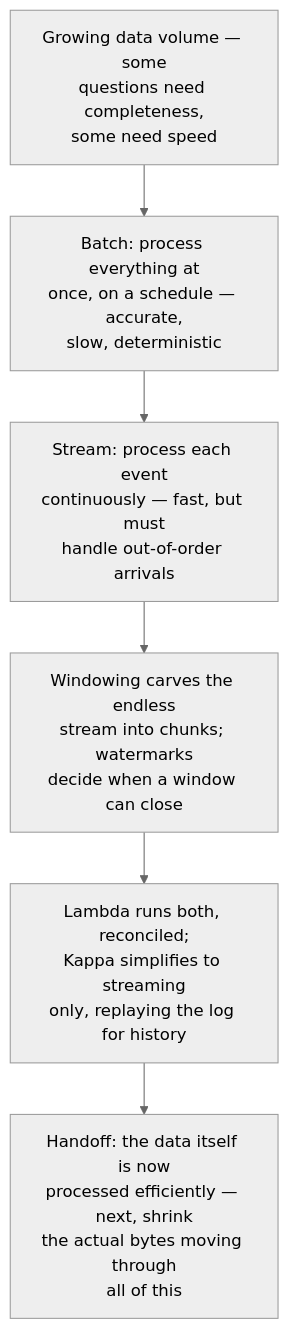
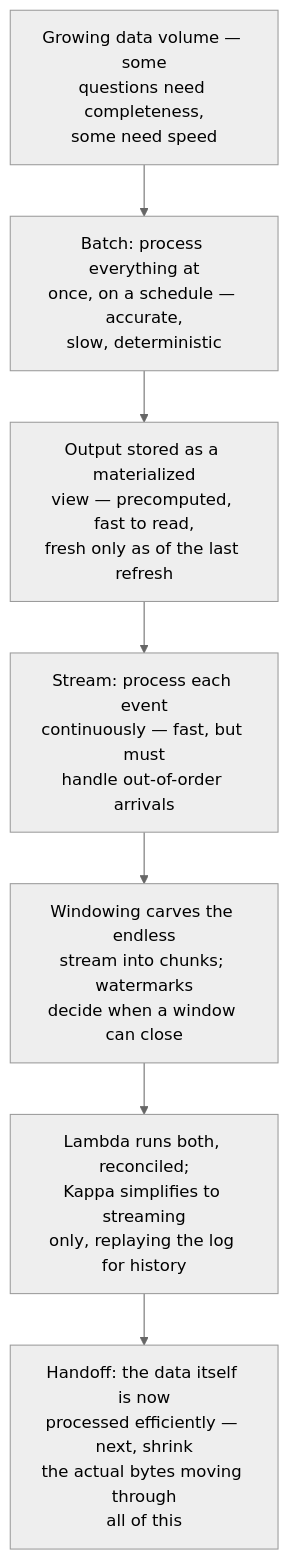
Before and after one commit to riyaz-pasha/Learnings: diagram 12 of 12 in system-design/Fundamentals/ScalabilityAndPerformance/4_BatchVsStreamProcessing.md, drawn with Mermaid (neutral theme). The commit also changed other lines of this file and 2 other files, not shown here.

````diff
--- a/system-design/Fundamentals/ScalabilityAndPerformance/4_BatchVsStreamProcessing.md
+++ b/system-design/Fundamentals/ScalabilityAndPerformance/4_BatchVsStreamProcessing.md
@@ -207,8 +231,9 @@
 ```mermaid
 flowchart TB
     A["Growing data volume — some\nquestions need completeness,\nsome need speed"] --> B["Batch: process everything at\nonce, on a schedule — accurate,\nslow, deterministic"]
-    B --> C["Stream: process each event\ncontinuously — fast, but must\nhandle out-of-order arrivals"]
+    B --> B2["Output stored as a materialized\nview — precomputed, fast to read,\nfresh only as of the last refresh"]
+    B2 --> C["Stream: process each event\ncontinuously — fast, but must\nhandle out-of-order arrivals"]
     C --> D["Windowing carves the endless\nstream into chunks; watermarks\ndecide when a window can close"]
     D --> E["Lambda runs both, reconciled;\nKappa simplifies to streaming\nonly, replaying the log for history"]
     E --> F["Handoff: the data itself is now\nprocessed efficiently — next, shrink\nthe actual bytes moving through\nall of this"]
 ```
````
